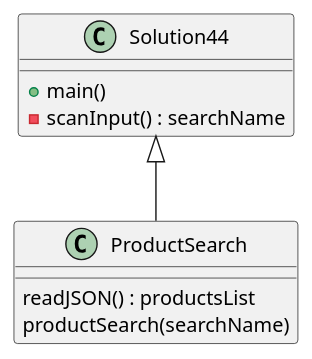
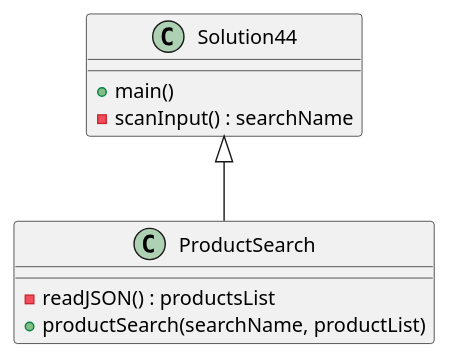
Before and after one commit to faziok/fazio-a04: the diagram in exercise44/baseline.Solution44/docs/Solution44.puml, drawn with PlantUML. The commit also changed 10 other files, not shown here.

```diff
--- a/exercise44/baseline.Solution44/docs/Solution44.puml
+++ b/exercise44/baseline.Solution44/docs/Solution44.puml
@@ -1,13 +1,13 @@
 @startuml
 class Solution44{
     +main()
     -scanInput() : searchName
 }
 
 class ProductSearch{
-    readJSON() : productsList
-    productSearch(searchName)
+    -readJSON() : productsList
+    +productSearch(searchName, productList)
 }
 
 Solution44 <|--ProductSearch
 @enduml
```
